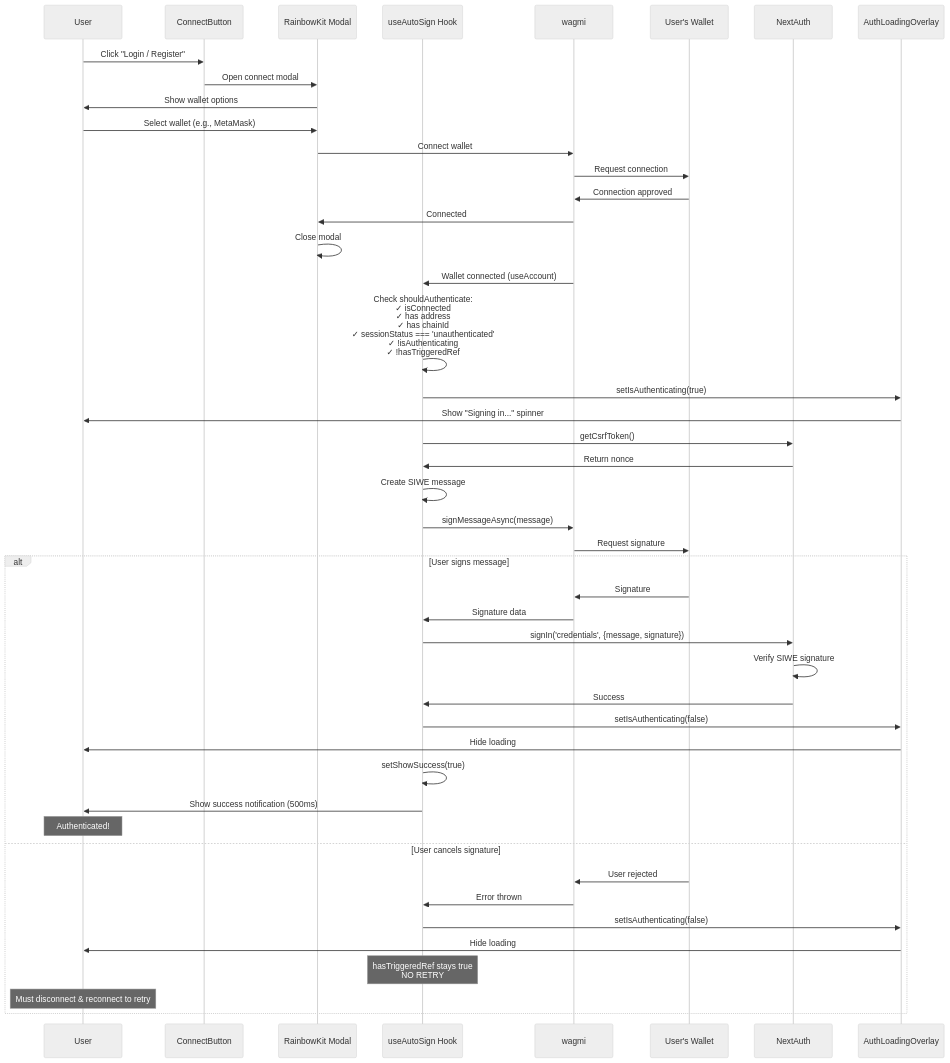
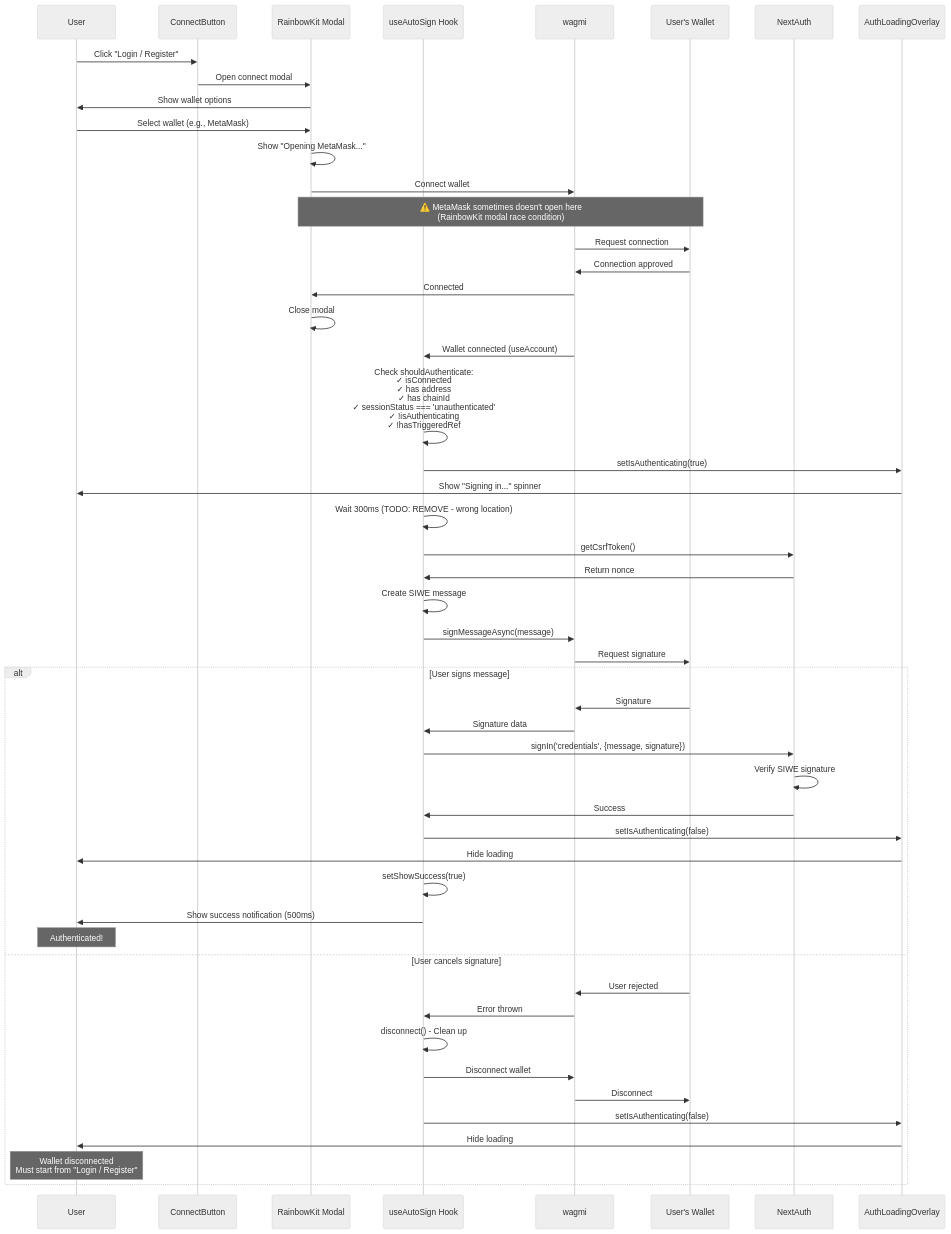
One commit to Gigentic/gigentic-escrow-minipay changed the second of 3 diagrams in docs/AUTH_FLOW_V2.md. Above: the diagram before and after it, drawn with Mermaid (neutral theme). The commit also changed other lines of this file, not shown here.

````diff
--- a/docs/AUTH_FLOW_V2.md
+++ b/docs/AUTH_FLOW_V2.md
@@ -29,56 +44,64 @@
 ```mermaid
 sequenceDiagram
     participant User
     participant Button as ConnectButton
     participant RKModal as RainbowKit Modal
     participant AutoSign as useAutoSign Hook
     participant Wagmi as wagmi
     participant Wallet as User's Wallet
     participant NextAuth
     participant Overlay as AuthLoadingOverlay
 
     User->>Button: Click "Login / Register"
     Button->>RKModal: Open connect modal
     RKModal->>User: Show wallet options
 
     User->>RKModal: Select wallet (e.g., MetaMask)
+    RKModal->>RKModal: Show "Opening MetaMask..."
     RKModal->>Wagmi: Connect wallet
+
+    Note over RKModal,Wallet: ⚠️ MetaMask sometimes doesn't open here<br/>(RainbowKit modal race condition)
+
     Wagmi->>Wallet: Request connection
     Wallet->>Wagmi: Connection approved
     Wagmi->>RKModal: Connected
     RKModal->>RKModal: Close modal
 
     Wagmi->>AutoSign: Wallet connected (useAccount)
 
     AutoSign->>AutoSign: Check shouldAuthenticate:<br/>✓ isConnected<br/>✓ has address<br/>✓ has chainId<br/>✓ sessionStatus === 'unauthenticated'<br/>✓ !isAuthenticating<br/>✓ !hasTriggeredRef
 
     AutoSign->>Overlay: setIsAuthenticating(true)
     Overlay->>User: Show "Signing in..." spinner
+
+    AutoSign->>AutoSign: Wait 300ms (TODO: REMOVE - wrong location)
 
     AutoSign->>NextAuth: getCsrfToken()
     NextAuth->>AutoSign: Return nonce
 
     AutoSign->>AutoSign: Create SIWE message
     AutoSign->>Wagmi: signMessageAsync(message)
     Wagmi->>Wallet: Request signature
 
     alt User signs message
         Wallet->>Wagmi: Signature
         Wagmi->>AutoSign: Signature data
         AutoSign->>NextAuth: signIn('credentials', {message, signature})
         NextAuth->>NextAuth: Verify SIWE signature
         NextAuth->>AutoSign: Success
         AutoSign->>Overlay: setIsAuthenticating(false)
         Overlay->>User: Hide loading
         AutoSign->>AutoSign: setShowSuccess(true)
         AutoSign->>User: Show success notification (500ms)
         Note over User: Authenticated!
     else User cancels signature
         Wallet->>Wagmi: User rejected
         Wagmi->>AutoSign: Error thrown
+        AutoSign->>AutoSign: disconnect() - Clean up
+        AutoSign->>Wagmi: Disconnect wallet
+        Wagmi->>Wallet: Disconnect
         AutoSign->>Overlay: setIsAuthenticating(false)
         Overlay->>User: Hide loading
-        Note over AutoSign: hasTriggeredRef stays true<br/>NO RETRY
-        Note over User: Must disconnect & reconnect to retry
+        Note over User: Wallet disconnected<br/>Must start from "Login / Register"
     end
 ```
````
